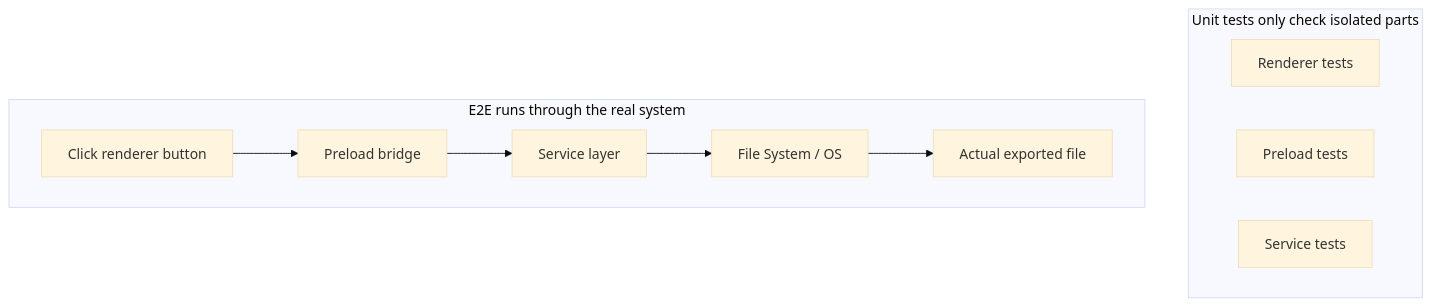
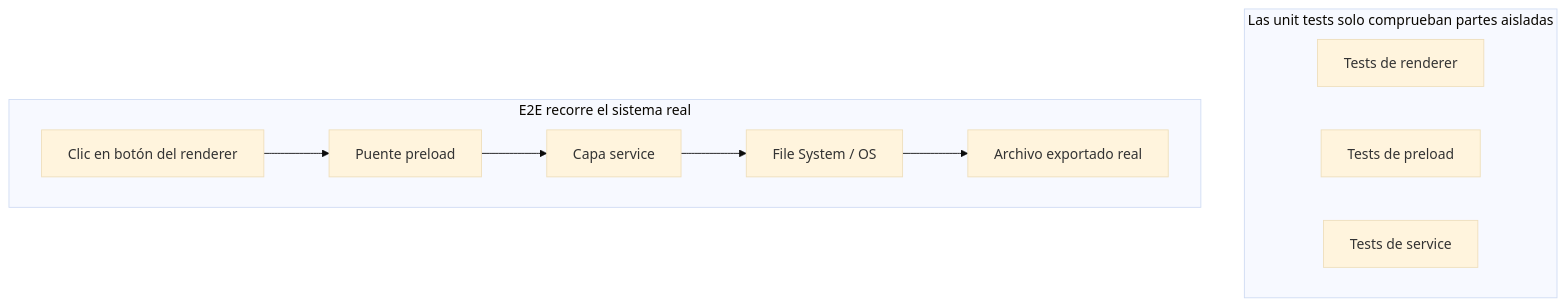
Before and after one commit to jordipiella/learn-harness-engineering: the first of 2 diagrams in docs/es/lectures/lecture-10-why-end-to-end-testing-changes-results/index.md, drawn with Mermaid (base theme). The commit also changed other lines of this file and 108 other files, not shown here.

````diff
--- a/docs/es/lectures/lecture-10-why-end-to-end-testing-changes-results/index.md
+++ b/docs/es/lectures/lecture-10-why-end-to-end-testing-changes-results/index.md
@@ -36,15 +36,15 @@
 ```mermaid
 flowchart TB
-    subgraph Unit["Unit tests only check isolated parts"]
-    U1["Renderer tests"]
-    U2["Preload tests"]
-    U3["Service tests"]
+    subgraph Unit["Las unit tests solo comprueban partes aisladas"]
+    U1["Tests de renderer"]
+    U2["Tests de preload"]
+    U3["Tests de service"]
     end
 
-    subgraph E2E["E2E runs through the real system"]
-    R["Click renderer button"] --> P["Preload bridge"]
-    P --> S["Service layer"]
+    subgraph E2E["E2E recorre el sistema real"]
+    R["Clic en botón del renderer"] --> P["Puente preload"]
+    P --> S["Capa service"]
     S --> F["File System / OS"]
-    F --> Result["Actual exported file"]
+    F --> Result["Archivo exportado real"]
     end
 ```
````
